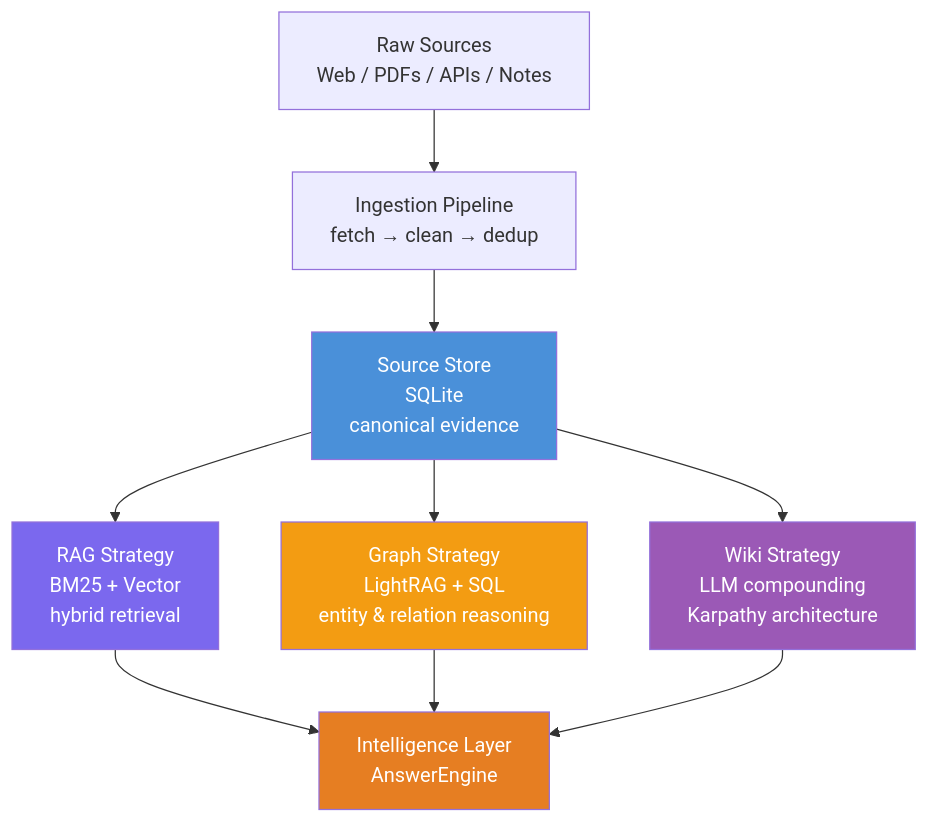
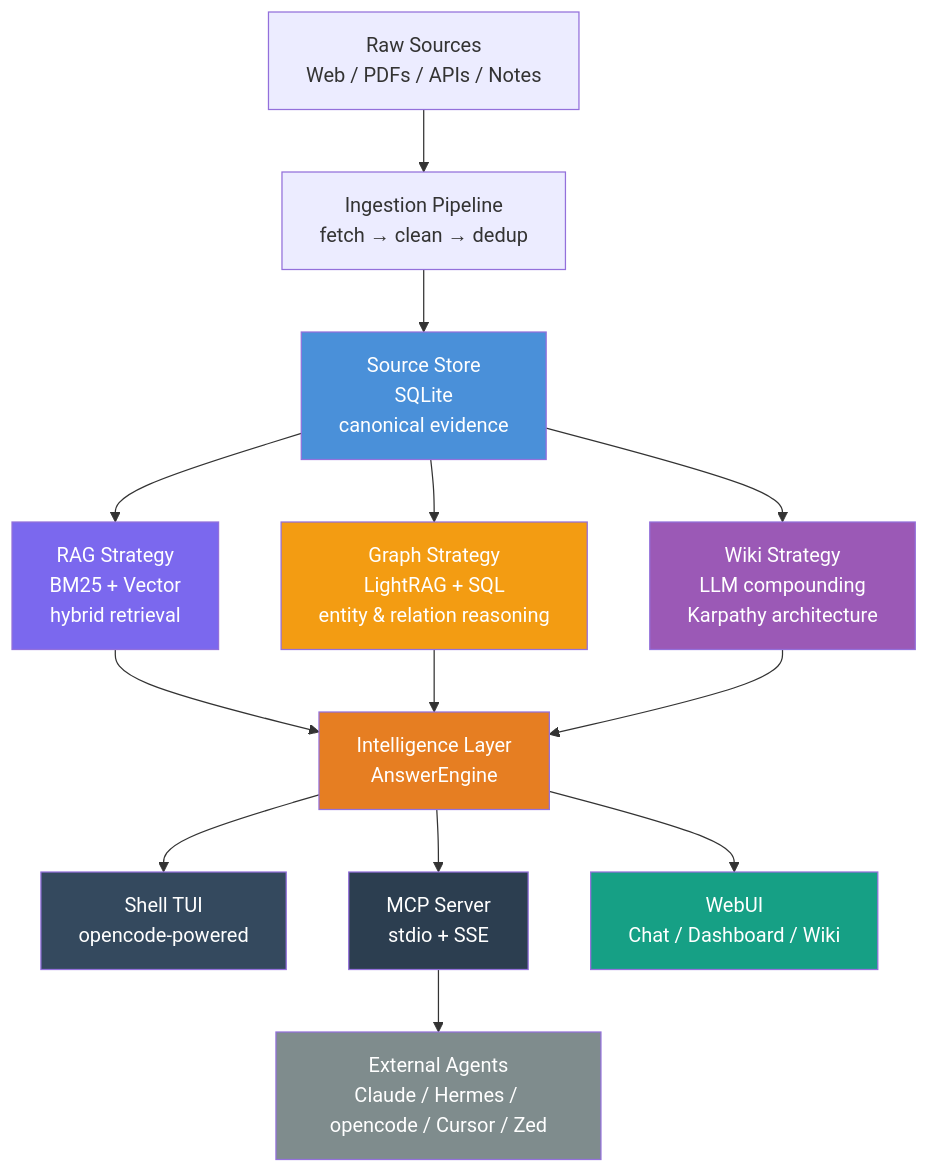
Before and after one commit to fayememe/softwiki: the diagram in README.md, drawn with Mermaid.

Commit message:
readme: add interface layer (TUI, MCP, WebUI, external agents) to diagram
Ultraworked with [Sisyphus](https://github.com/code-yeongyu/oh-my-openagent)

````diff
--- a/README.md
+++ b/README.md
@@ -5,20 +5,30 @@
 ```mermaid
 graph TD
     RS["Raw Sources<br/>Web / PDFs / APIs / Notes"] --> ING["Ingestion Pipeline<br/>fetch → clean → dedup"]
 
     ING --> SS["Source Store<br/>SQLite<br/>canonical evidence"]
 
     SS --> STR1["RAG Strategy<br/>BM25 + Vector<br/>hybrid retrieval"]
     SS --> STR2["Graph Strategy<br/>LightRAG + SQL<br/>entity & relation reasoning"]
     SS --> STR3["Wiki Strategy<br/>LLM compounding<br/>Karpathy architecture"]
 
     STR1 --> INTEL["Intelligence Layer<br/>AnswerEngine"]
     STR2 --> INTEL
     STR3 --> INTEL
 
+    INTEL --> TUI["Shell TUI<br/>opencode-powered"]
+    INTEL --> MCP["MCP Server<br/>stdio + SSE"]
+    INTEL --> WEB["WebUI<br/>Chat / Dashboard / Wiki"]
+
+    MCP --> AGENTS["External Agents<br/>Claude / Hermes / opencode / Cursor / Zed"]
+
     style SS fill:#4a90d9,color:#fff
     style STR1 fill:#7b68ee,color:#fff
     style STR2 fill:#f39c12,color:#fff
     style STR3 fill:#9b59b6,color:#fff
     style INTEL fill:#e67e22,color:#fff
+    style TUI fill:#34495e,color:#fff
+    style MCP fill:#2c3e50,color:#fff
+    style WEB fill:#16a085,color:#fff
+    style AGENTS fill:#7f8c8d,color:#fff
 ```
````
